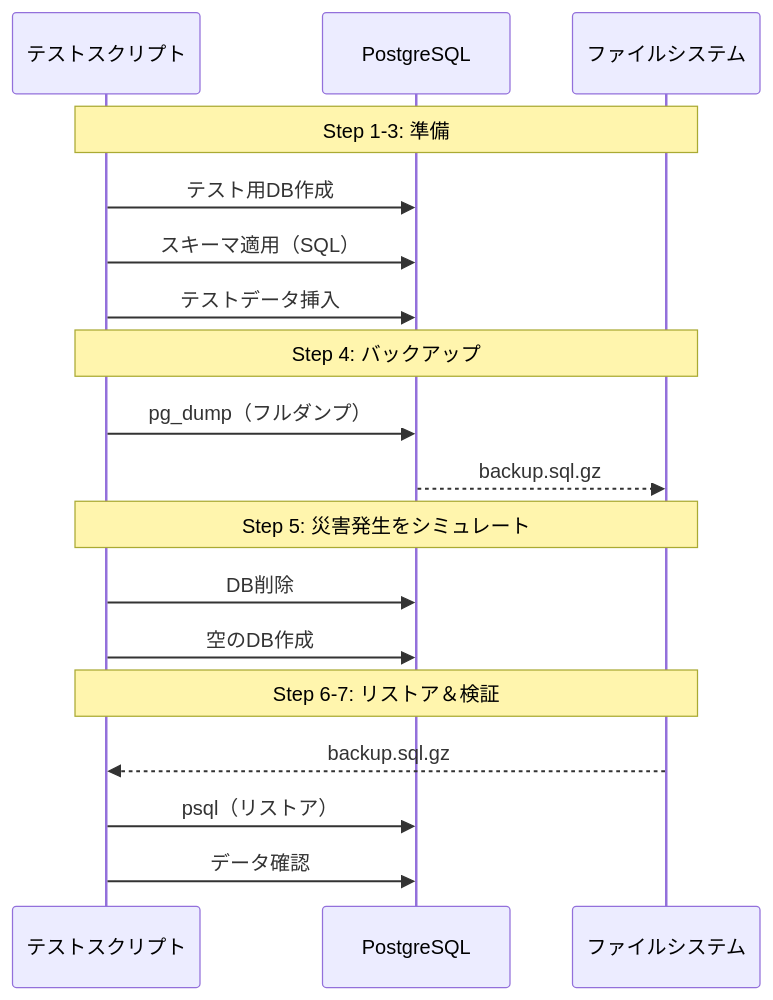
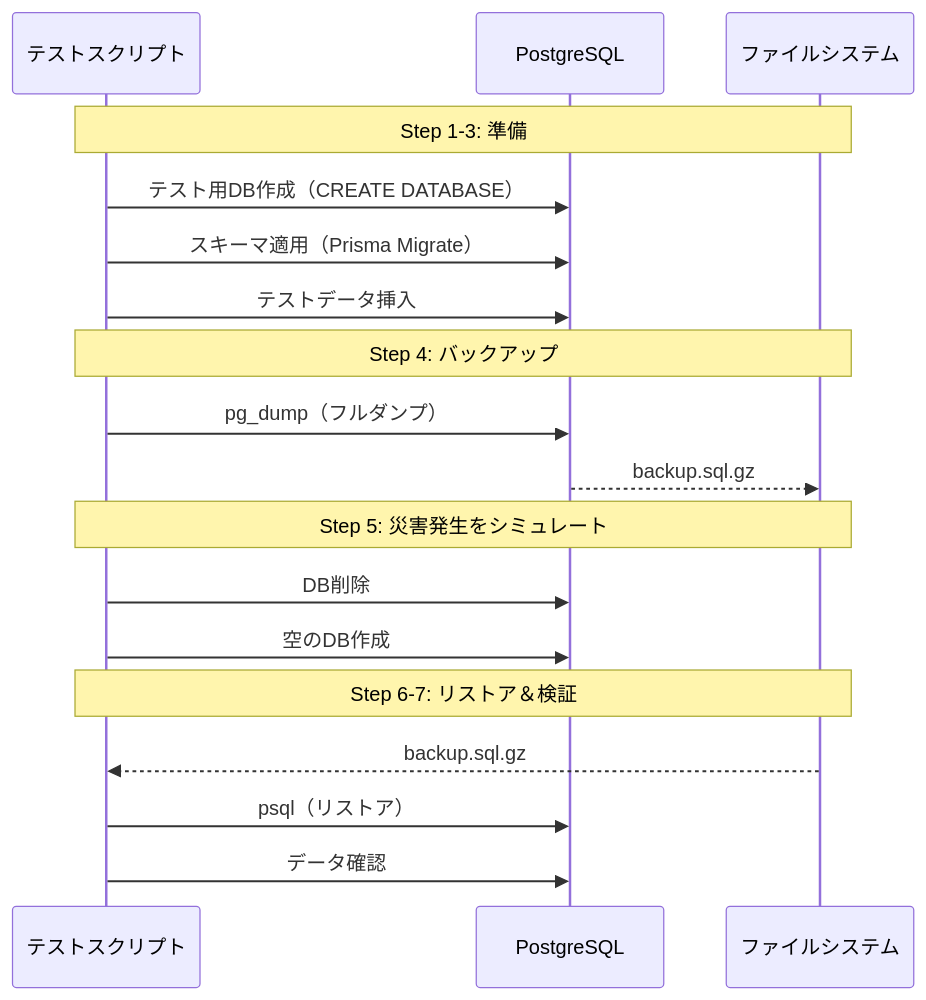
One commit to denkoushi/RaspberryPiSystem_002 changed the diagram in docs/architecture/test-architecture.md. Above: the diagram before and after it, drawn with Mermaid. The commit also changed other lines of this file and 2 other files, not shown here.

Commit message:
docs: Phase 5 とテストアーキテクチャに外部レビュー結果を反映
- EXEC_PLAN.md: Phase 5 に外部レビューで設計妥当と評価された旨を追記
- test-architecture.md: バックアップ/リストアテストが Prisma Migrate 前提であることを明記
- troubleshooting-knowledge.md: KB-024 に標準的DRテストパターンとしての位置づけとLevel 2〜3相当というニュアンスを追加

````diff
--- a/docs/architecture/test-architecture.md
+++ b/docs/architecture/test-architecture.md
@@ -89,24 +89,24 @@
 ```mermaid
 sequenceDiagram
     participant Test as テストスクリプト
     participant DB as PostgreSQL
     participant File as ファイルシステム
     
     Note over Test,File: Step 1-3: 準備
-    Test->>DB: テスト用DB作成
-    Test->>DB: スキーマ適用（SQL）
+    Test->>DB: テスト用DB作成（CREATE DATABASE）
+    Test->>DB: スキーマ適用（Prisma Migrate）
     Test->>DB: テストデータ挿入
     
     Note over Test,File: Step 4: バックアップ
     Test->>DB: pg_dump（フルダンプ）
     DB-->>File: backup.sql.gz
     
     Note over Test,File: Step 5: 災害発生をシミュレート
     Test->>DB: DB削除
     Test->>DB: 空のDB作成
     
     Note over Test,File: Step 6-7: リストア＆検証
     File-->>Test: backup.sql.gz
     Test->>DB: psql（リストア）
     Test->>DB: データ確認
 ```
````
